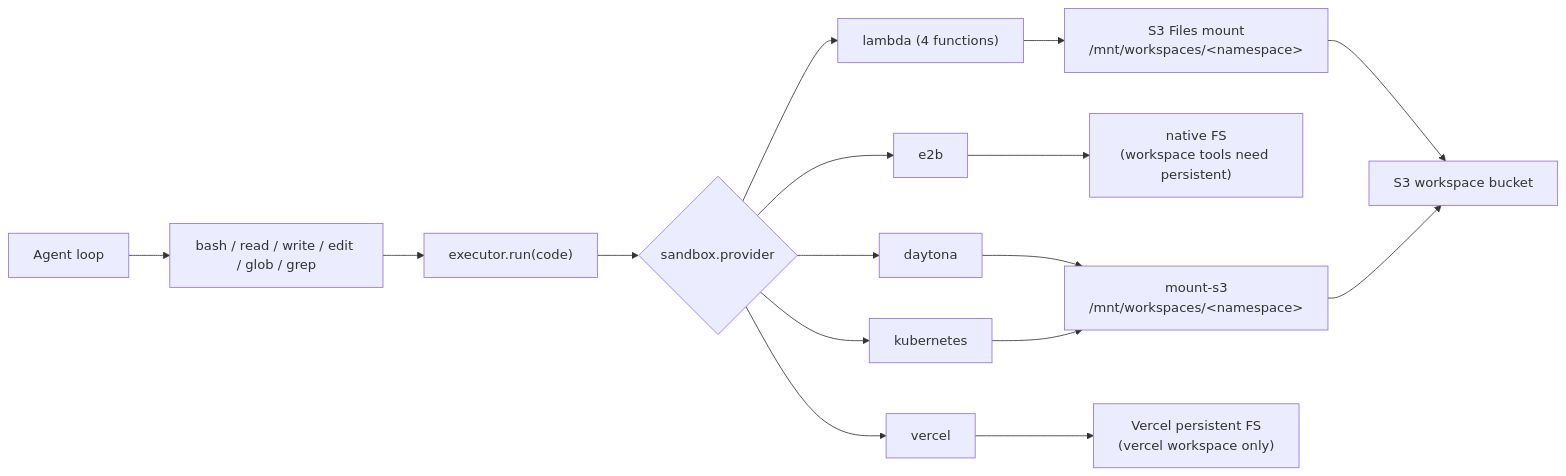
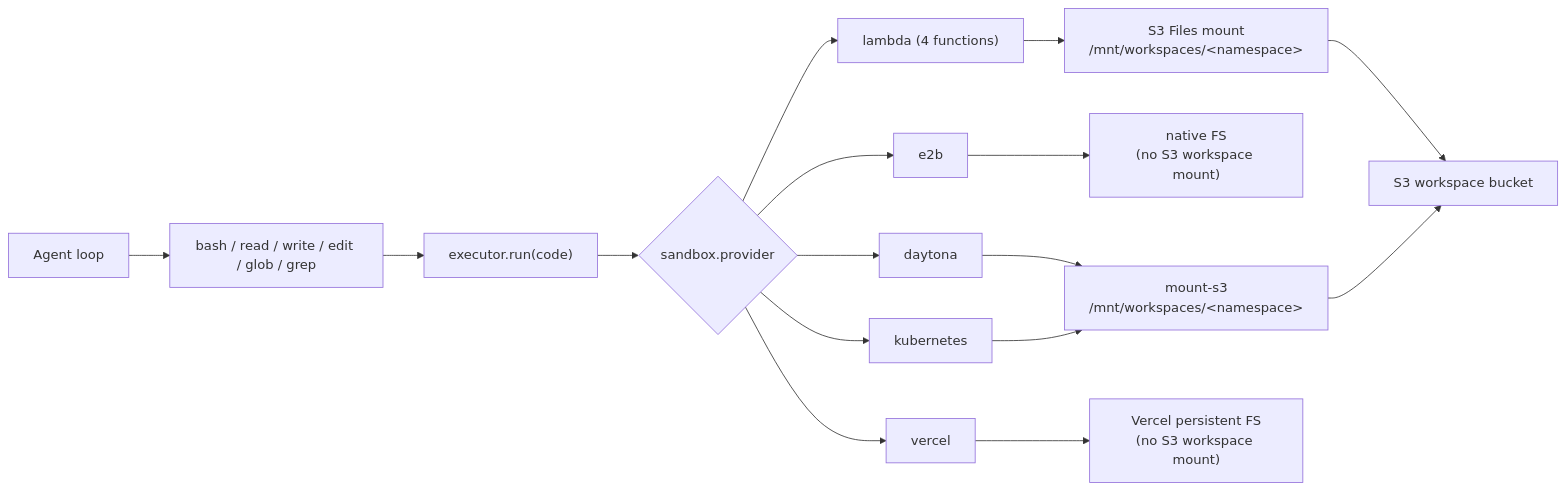
One commit to beeblastco/broods changed the first of 3 diagrams in apps/docs/docs/workspace/sandbox/index.md. Above: the diagram before and after it, drawn with Mermaid. The commit also changed other lines of this file and 125 other files, not shown here.

````diff
--- a/apps/docs/docs/workspace/sandbox/index.md
+++ b/apps/docs/docs/workspace/sandbox/index.md
@@ -8,19 +8,19 @@
 ```mermaid
 flowchart LR
   Agent["Agent loop"] --> Tools["bash / read / write / edit / glob / grep"]
   Tools --> Run["executor.run(code)"]
   Run --> Provider{"sandbox.provider"}
   Provider --> Lambda["lambda (4 functions)"]
   Provider --> E2B["e2b"]
   Provider --> Daytona["daytona"]
   Provider --> Kubernetes["kubernetes"]
   Provider --> Vercel["vercel"]
   Lambda --> Mount["S3 Files mount<br/>/mnt/workspaces/&lt;namespace&gt;"]
-  E2B --> Stateless["native FS<br/>(workspace tools need persistent)"]
+  E2B --> Stateless["native FS<br/>(no S3 workspace mount)"]
   Daytona --> ExternalMount
   Kubernetes --> ExternalMount
-  Vercel --> VercelFS["Vercel persistent FS<br/>(vercel workspace only)"]
+  Vercel --> VercelFS["Vercel persistent FS<br/>(no S3 workspace mount)"]
   ExternalMount["mount-s3<br/>/mnt/workspaces/&lt;namespace&gt;"]
   Mount --> Bucket["S3 workspace bucket"]
   ExternalMount --> Bucket
 ```
````
